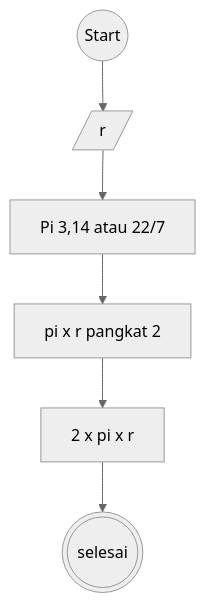
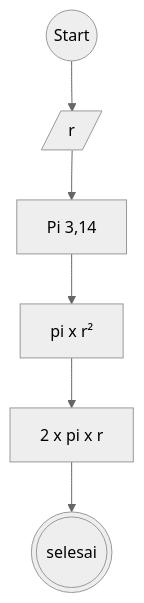
One commit to Farhan-dev-dot/koda-b10-algoritma changed the second of 2 diagrams in README.md. Above: the diagram before and after it, drawn with Mermaid (neutral theme).

````diff
--- a/README.md
+++ b/README.md
@@ -65,20 +65,19 @@
 ```mermaid
-
 
 flowchart TD
 
 A@{ shape: circle, label: "Start" }
 B[/r/]
-C[Pi 3,14 atau 22/7]
-D[ pi x r pangkat 2 ]
+C[Pi 3,14]
+D[ pi x r² ]
 E[ 2 x pi x r ]
 F(((selesai)))
 
 A-->B
 B-->C
 C-->D
 D-->E
 E-->F
 
 
 ```
````
